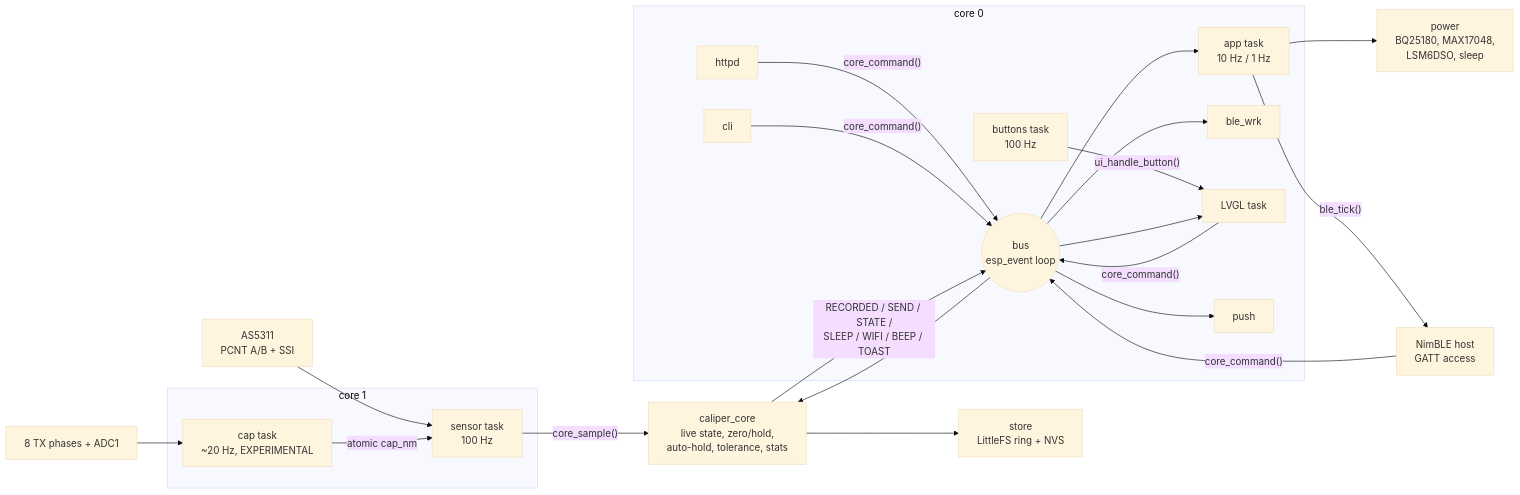
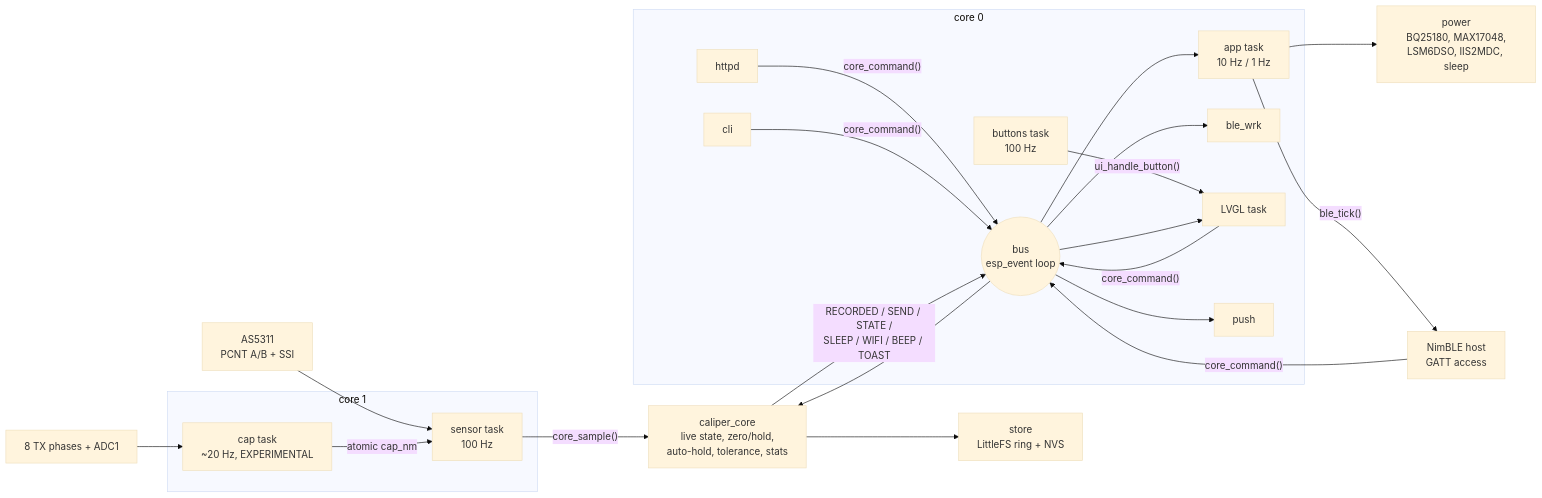
One commit to tyevco/prettycoolboards changed the first of 2 diagrams in caliper/docs/firmware.md. Above: the diagram before and after it, drawn with Mermaid (base theme). The commit also changed other lines of this file and 91 other files, not shown here.

First line of the commit message:
caliper: add an IIS2MDC magnetometer (compass) as a yaw reference

````diff
--- a/caliper/docs/firmware.md
+++ b/caliper/docs/firmware.md
@@ -66,32 +72,32 @@
 ```mermaid
 flowchart LR
   subgraph core1["core 1"]
     SEN["sensor task<br/>100 Hz"]
     CAP["cap task<br/>~20 Hz, EXPERIMENTAL"]
   end
   subgraph core0["core 0"]
     BTN["buttons task<br/>100 Hz"]
     APP["app task<br/>10 Hz / 1 Hz"]
     BUS(("bus<br/>esp_event loop"))
     BLEW["ble_wrk"]
     LV["LVGL task"]
     HTTP["httpd"]
     PUSH["push"]
     CLI["cli"]
   end
   AS5311["AS5311<br/>PCNT A/B + SSI"] --> SEN
   CAPHW["8 TX phases + ADC1"] --> CAP
   CAP -- "atomic cap_nm" --> SEN
   SEN -- "core_sample()" --> CORE["caliper_core<br/>live state, zero/hold,<br/>auto-hold, tolerance, stats"]
   BTN -- "ui_handle_button()" --> LV
   LV -- "core_command()" --> BUS
   BLEGATT["NimBLE host<br/>GATT access"] -- "core_command()" --> BUS
   HTTP -- "core_command()" --> BUS
   CLI -- "core_command()" --> BUS
   BUS --> CORE
   CORE -- "RECORDED / SEND / STATE /<br/>SLEEP / WIFI / BEEP / TOAST" --> BUS
   BUS --> BLEW & PUSH & LV & APP
   CORE --> STORE["store<br/>LittleFS ring + NVS"]
-  APP --> PWR["power<br/>BQ25180, MAX17048,<br/>LSM6DSO, sleep"]
+  APP --> PWR["power<br/>BQ25180, MAX17048,<br/>LSM6DSO, IIS2MDC, sleep"]
   APP -- "ble_tick()" --> BLEGATT
 ```
````
